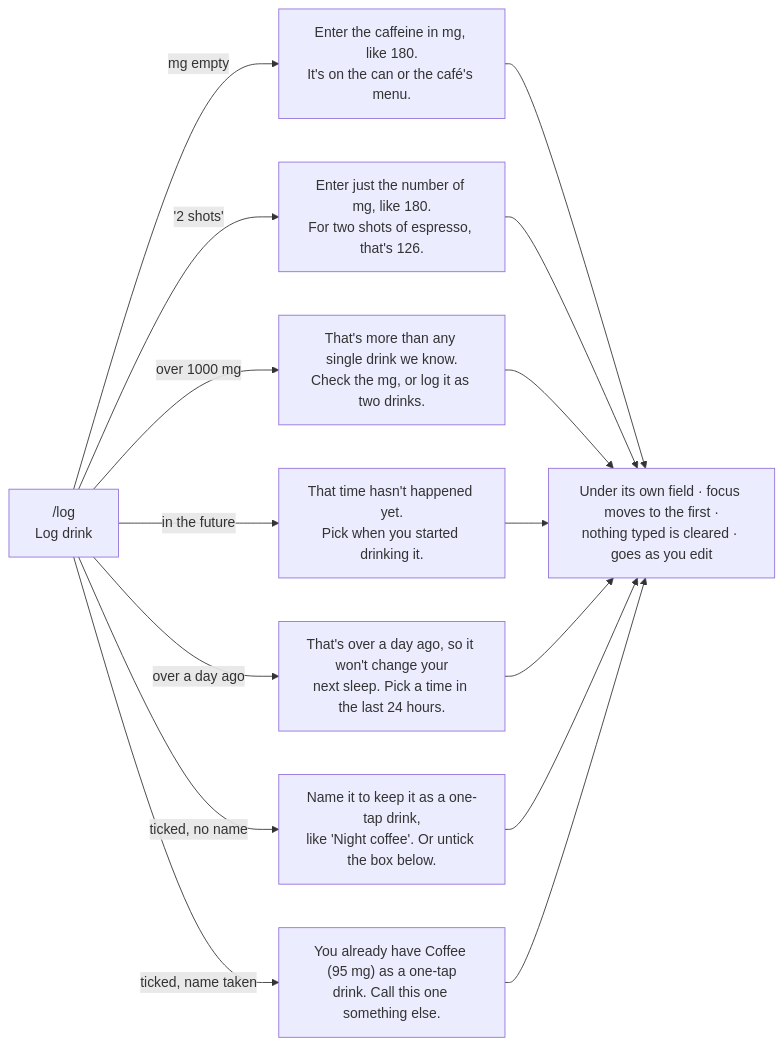
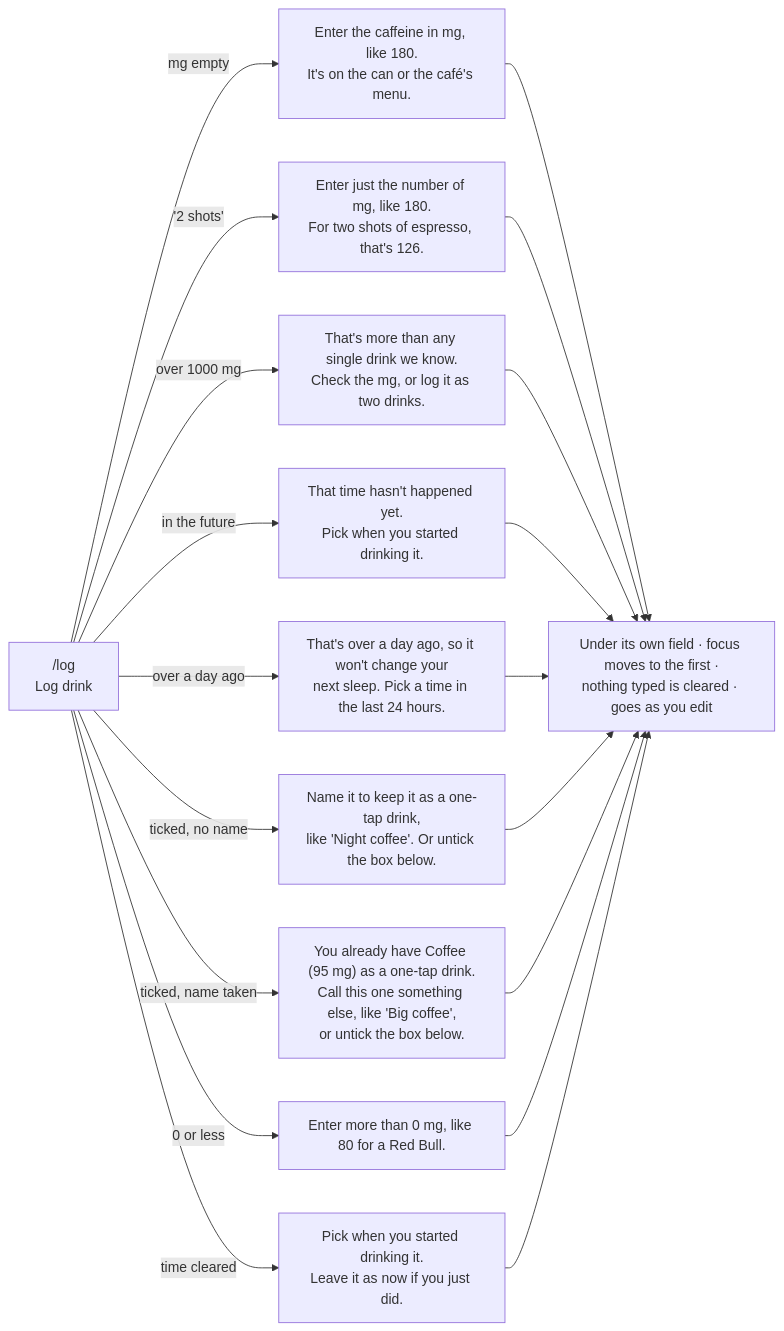
The fourth of 5 diagrams in README.md (nocturnalvigilante/design_ship_build_homework_3), drawn with Mermaid before and after one commit. The commit also changed other lines of this file and 3 other files, not shown here.

````diff
--- a/README.md
+++ b/README.md
@@ -98,11 +111,13 @@
 ```mermaid
 flowchart LR
   L["/log<br/>Log drink"] -- "mg empty" --> L1["Enter the caffeine in mg, like 180.<br/>It's on the can or the café's menu."]
   L -- "'2 shots'" --> L2["Enter just the number of mg, like 180.<br/>For two shots of espresso, that's 126."]
   L -- "over 1000 mg" --> L3["That's more than any single drink we know.<br/>Check the mg, or log it as two drinks."]
   L -- "in the future" --> L4["That time hasn't happened yet.<br/>Pick when you started drinking it."]
   L -- "over a day ago" --> L5["That's over a day ago, so it won't change your<br/>next sleep. Pick a time in the last 24 hours."]
   L -- "ticked, no name" --> L6["Name it to keep it as a one-tap drink,<br/>like 'Night coffee'. Or untick the box below."]
-  L -- "ticked, name taken" --> L7["You already have Coffee (95 mg) as a one-tap<br/>drink. Call this one something else."]
-  L1 & L2 & L3 & L4 & L5 & L6 & L7 --> K["Under its own field · focus moves to the first ·<br/>nothing typed is cleared · goes as you edit"]
+  L -- "ticked, name taken" --> L7["You already have Coffee (95 mg) as a one-tap drink.<br/>Call this one something else, like 'Big coffee',<br/>or untick the box below."]
+  L -- "0 or less" --> L8["Enter more than 0 mg, like 80 for a Red Bull."]
+  L -- "time cleared" --> L9["Pick when you started drinking it.<br/>Leave it as now if you just did."]
+  L1 & L2 & L3 & L4 & L5 & L6 & L7 & L8 & L9 --> K["Under its own field · focus moves to the first ·<br/>nothing typed is cleared · goes as you edit"]
 ```
````
